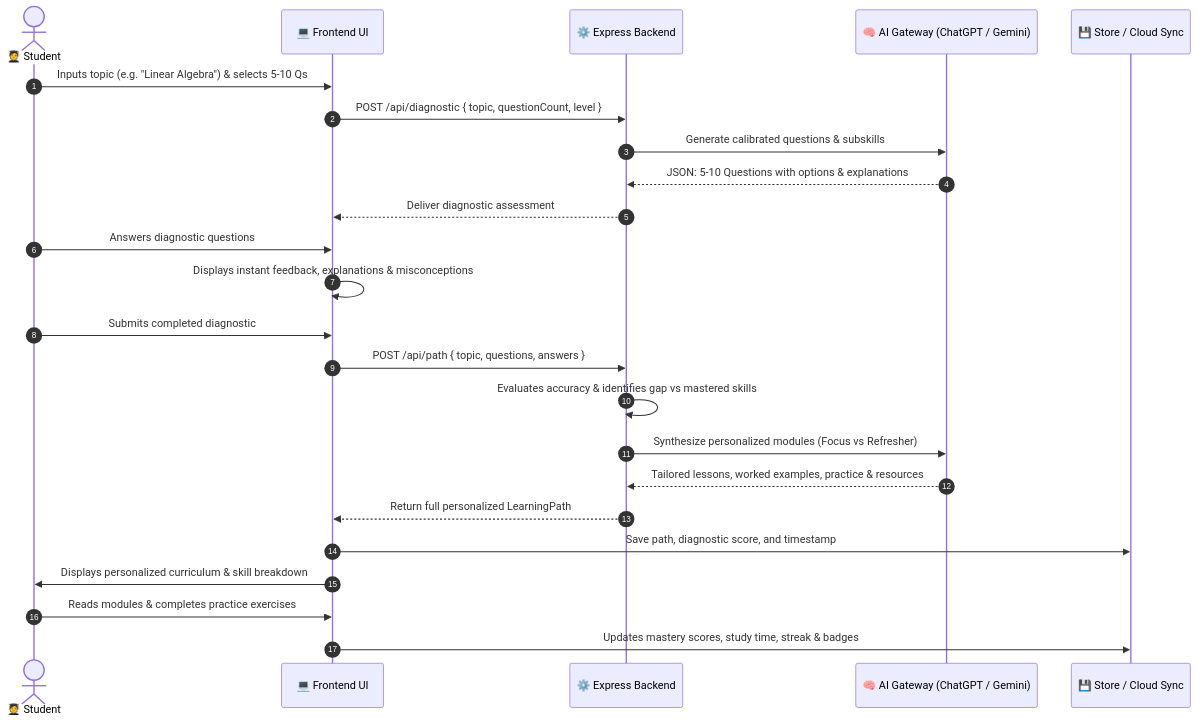
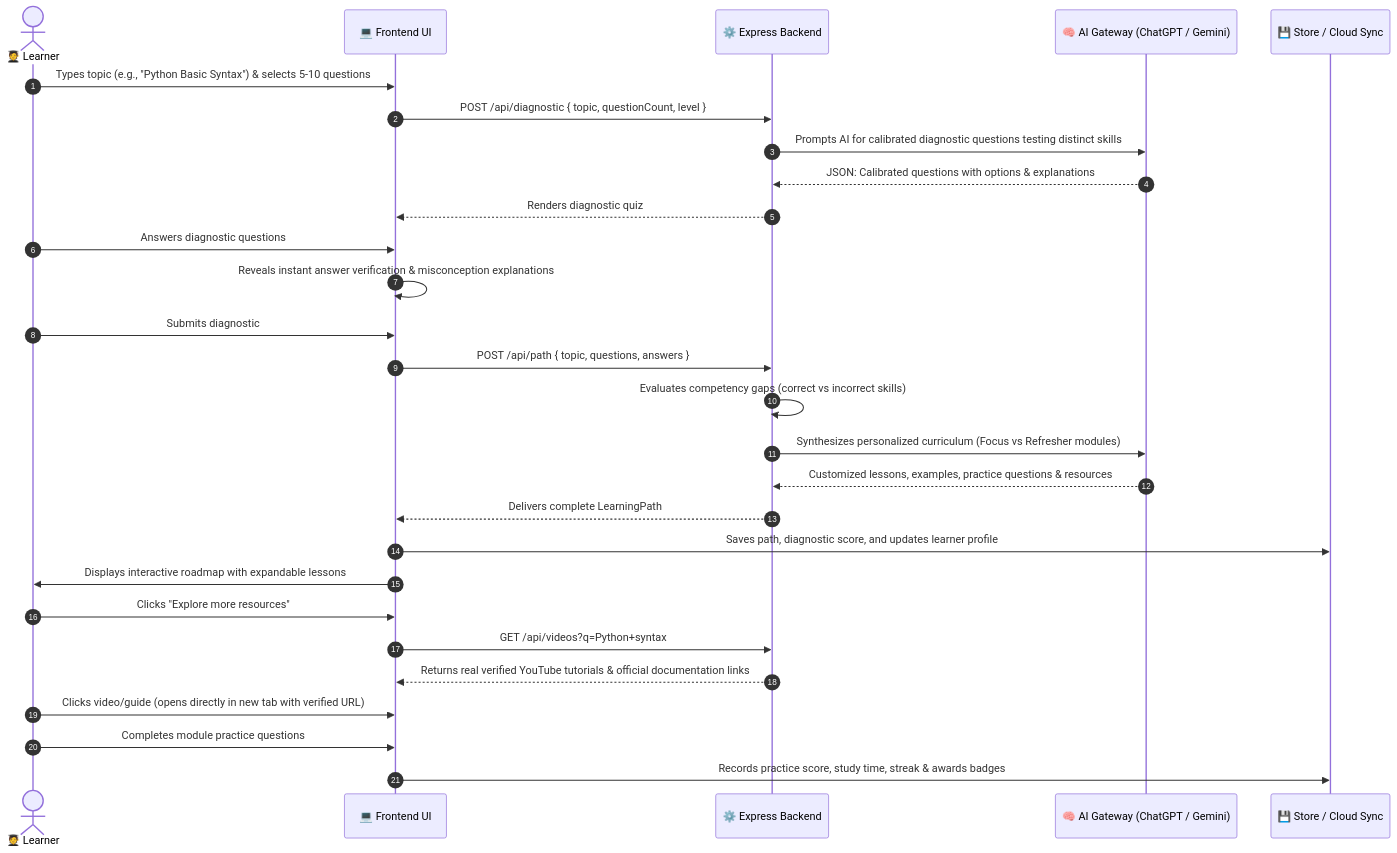
Before and after one commit to Sam-bot-dev/Path-Finder: the second of 2 diagrams in README.md, drawn with Mermaid. The commit also changed other lines of this file and 8 other files, not shown here.

Commit message:
Fix resources loading and clickable links, resolve double logo on landing, and upgrade README

````diff
--- a/README.md
+++ b/README.md
@@ -105,31 +101,36 @@
 ```mermaid
 sequenceDiagram
     autonumber
-    actor Student as 🧑‍🎓 Student
+    actor Learner as 🧑‍🎓 Learner
     participant UI as 💻 Frontend UI
     participant Backend as ⚙️ Express Backend
     participant AI as 🧠 AI Gateway (ChatGPT / Gemini)
     participant Store as 💾 Store / Cloud Sync
 
-    Student->>UI: Inputs topic (e.g. "Linear Algebra") & selects 5-10 Qs
+    Learner->>UI: Types topic (e.g., "Python Basic Syntax") & selects 5-10 questions
     UI->>Backend: POST /api/diagnostic { topic, questionCount, level }
-    Backend->>AI: Generate calibrated questions & subskills
-    AI-->>Backend: JSON: 5-10 Questions with options & explanations
-    Backend-->>UI: Deliver diagnostic assessment
+    Backend->>AI: Prompts AI for calibrated diagnostic questions testing distinct skills
+    AI-->>Backend: JSON: Calibrated questions with options & explanations
+    Backend-->>UI: Renders diagnostic quiz
     
-    Student->>UI: Answers diagnostic questions
-    UI->>UI: Displays instant feedback, explanations & misconceptions
+    Learner->>UI: Answers diagnostic questions
+    UI->>UI: Reveals instant answer verification & misconception explanations
     
-    Student->>UI: Submits completed diagnostic
+    Learner->>UI: Submits diagnostic
     UI->>Backend: POST /api/path { topic, questions, answers }
-    Backend->>Backend: Evaluates accuracy & identifies gap vs mastered skills
-    Backend->>AI: Synthesize personalized modules (Focus vs Refresher)
-    AI-->>Backend: Tailored lessons, worked examples, practice & resources
-    Backend-->>UI: Return full personalized LearningPath
+    Backend->>Backend: Evaluates competency gaps (correct vs incorrect skills)
+    Backend->>AI: Synthesizes personalized curriculum (Focus vs Refresher modules)
+    AI-->>Backend: Customized lessons, examples, practice questions & resources
+    Backend-->>UI: Delivers complete LearningPath
     
-    UI->>Store: Save path, diagnostic score, and timestamp
-    UI->>Student: Displays personalized curriculum & skill breakdown
+    UI->>Store: Saves path, diagnostic score, and updates learner profile
+    UI->>Learner: Displays interactive roadmap with expandable lessons
     
-    Student->>UI: Reads modules & completes practice exercises
-    UI->>Store: Updates mastery scores, study time, streak & badges
+    Learner->>UI: Clicks "Explore more resources"
+    UI->>Backend: GET /api/videos?q=Python+syntax
+    Backend-->>UI: Returns real verified YouTube tutorials & official documentation links
+    Learner->>UI: Clicks video/guide (opens directly in new tab with verified URL)
+    
+    Learner->>UI: Completes module practice questions
+    UI->>Store: Records practice score, study time, streak & awards badges
 ```
````
